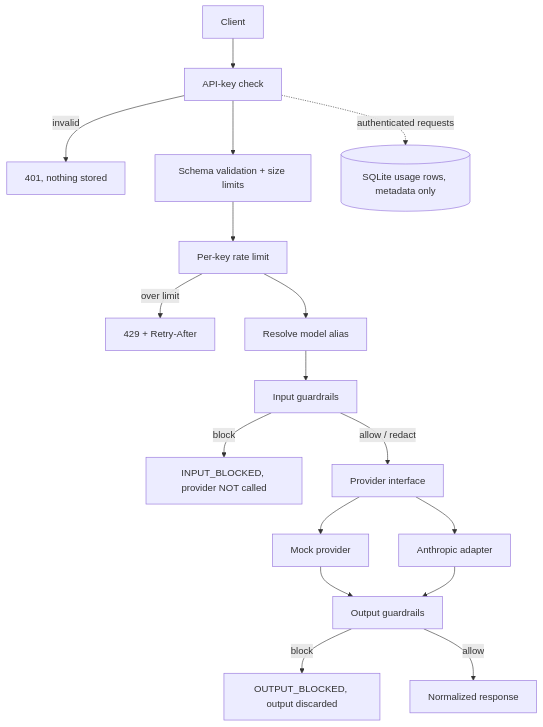
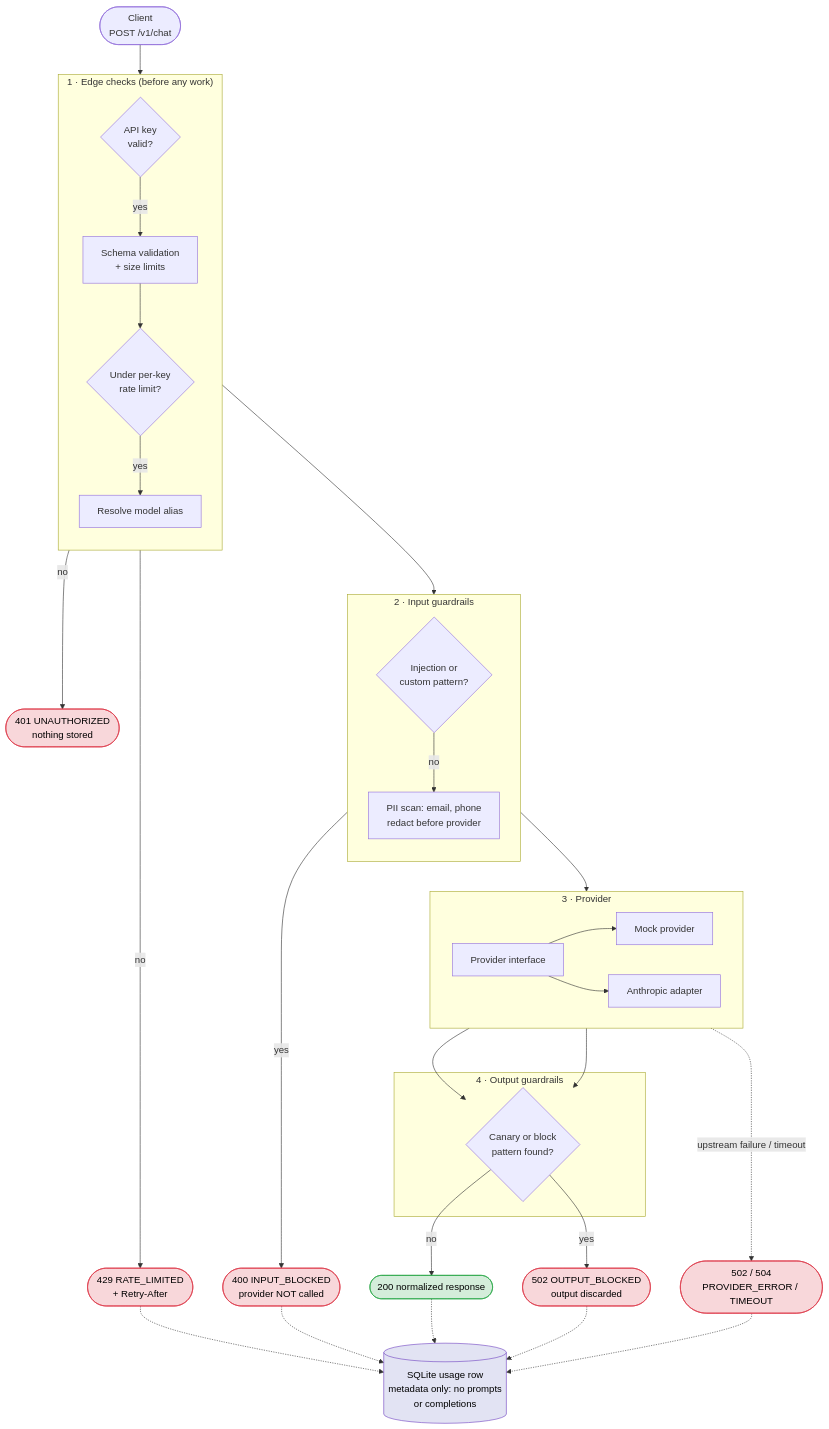
The diagram in README.md (Avishi2511/llm-gateway), drawn with Mermaid before and after one commit. The commit also changed other lines of this file, not shown here.

Commit message:
Improve README request lifecycle flowchart
Replace the flat flowchart with a staged one (edge checks, input
guardrails, provider, output guardrails), add the provider-failure path
and usage logging for all outcomes, and remove the duplicate ASCII diagram.

````diff
--- a/README.md
+++ b/README.md
@@ -162,19 +155,60 @@
 ```mermaid
 flowchart TD
-    C[Client] --> AUTH[API-key check]
-    AUTH -->|invalid| E401[401, nothing stored]
-    AUTH --> VAL[Schema validation + size limits]
-    VAL --> RL[Per-key rate limit]
-    RL -->|over limit| E429[429 + Retry-After]
-    RL --> ALIAS[Resolve model alias]
-    ALIAS --> IN[Input guardrails]
-    IN -->|block| E400[INPUT_BLOCKED, provider NOT called]
-    IN -->|allow / redact| PROV[Provider interface]
-    PROV --> MOCK[Mock provider]
-    PROV --> REAL[Anthropic adapter]
-    MOCK --> OUT[Output guardrails]
+    C([Client<br/>POST /v1/chat]) --> AUTH
+
+    subgraph EDGE["1 · Edge checks (before any work)"]
+        direction TB
+        AUTH{API key<br/>valid?}
+        VAL[Schema validation<br/>+ size limits]
+        RL{Under per-key<br/>rate limit?}
+        ALIAS[Resolve model alias]
+        AUTH -->|yes| VAL --> RL
+        RL -->|yes| ALIAS
+    end
+
+    subgraph IN["2 · Input guardrails"]
+        direction TB
+        INJ{Injection or<br/>custom pattern?}
+        PII[PII scan: email, phone<br/>redact before provider]
+        INJ -->|no| PII
+    end
+
+    subgraph PROVIDER["3 · Provider"]
+        direction LR
+        PI[Provider interface]
+        MOCK[Mock provider]
+        REAL[Anthropic adapter]
+        PI --> MOCK
+        PI --> REAL
+    end
+
+    subgraph OUTG["4 · Output guardrails"]
+        OUT{Canary or block<br/>pattern found?}
+    end
+
+    ALIAS --> INJ
+    PII --> PI
+    MOCK --> OUT
     REAL --> OUT
-    OUT -->|block| E502[OUTPUT_BLOCKED, output discarded]
-    OUT -->|allow| RESP[Normalized response]
-    AUTH -. authenticated requests .-> DB[(SQLite usage rows, metadata only)]
+    OUT -->|no| OK([200 normalized response])
+
+    AUTH -->|no| E401([401 UNAUTHORIZED<br/>nothing stored])
+    RL -->|no| E429([429 RATE_LIMITED<br/>+ Retry-After])
+    INJ -->|yes| E400([400 INPUT_BLOCKED<br/>provider NOT called])
+    PI -.->|upstream failure / timeout| E50x([502 / 504<br/>PROVIDER_ERROR / TIMEOUT])
+    OUT -->|yes| E502([502 OUTPUT_BLOCKED<br/>output discarded])
+
+    OK -.-> DB
+    E429 -.-> DB
+    E400 -.-> DB
+    E50x -.-> DB
+    E502 -.-> DB
+    DB[(SQLite usage row<br/>metadata only: no prompts<br/>or completions)]
+
+    classDef ok fill:#d4edda,stroke:#28a745,color:#000
+    classDef err fill:#f8d7da,stroke:#dc3545,color:#000
+    classDef store fill:#e2e3f3,stroke:#6f42c1,color:#000
+    class OK ok
+    class E401,E429,E400,E50x,E502 err
+    class DB store
 ```
````
